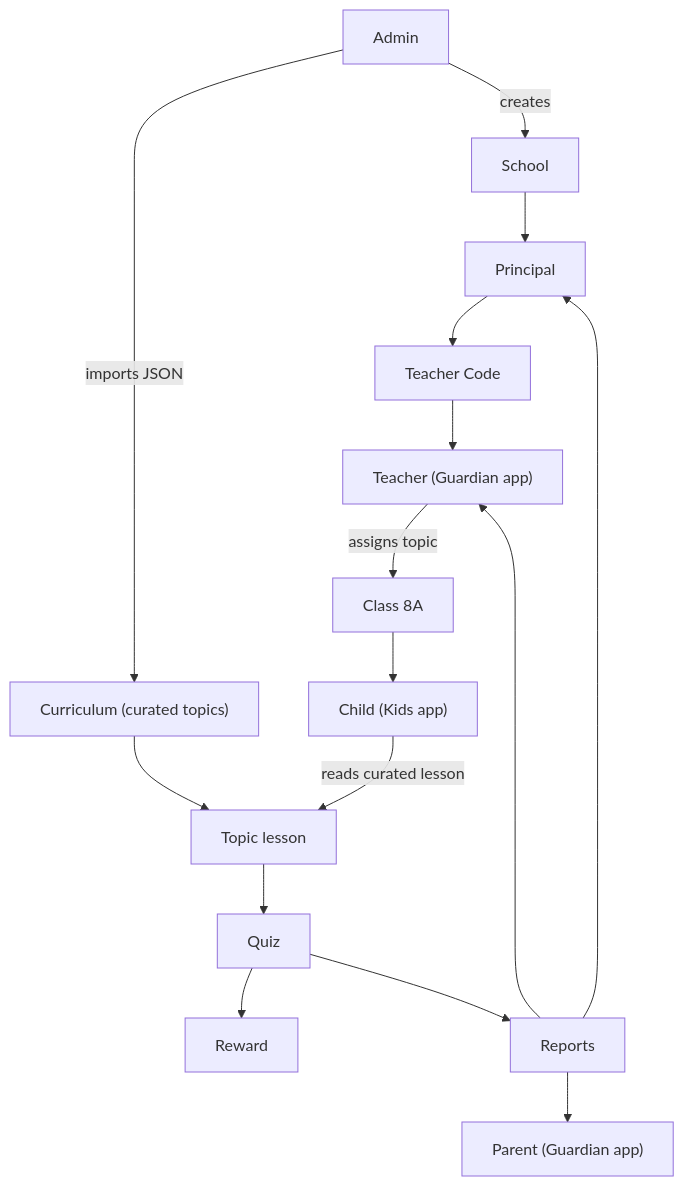
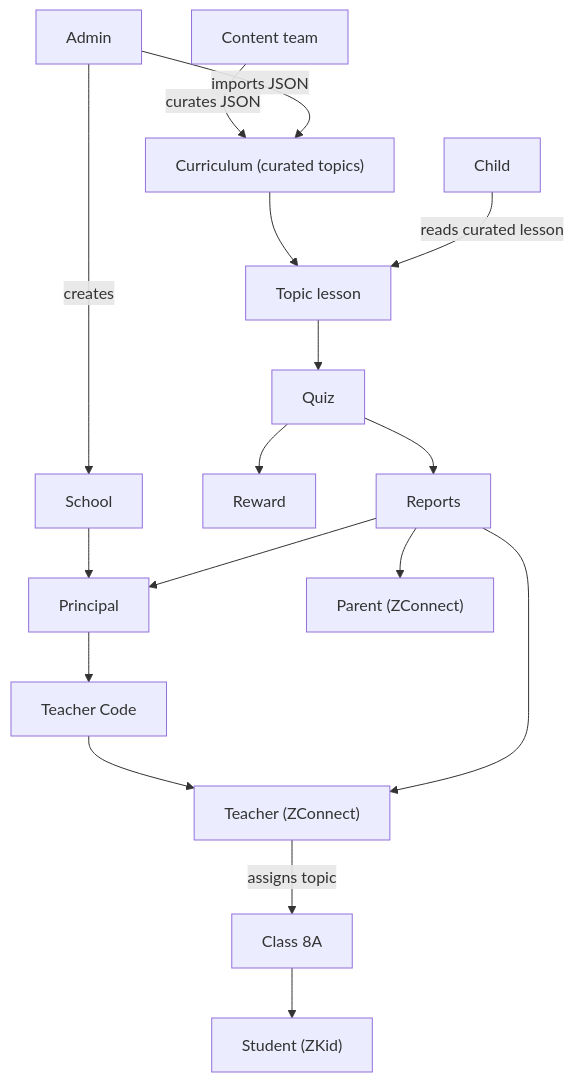
One commit to ZerebroKid/kidsafe-school changed the seventh of 7 diagrams in docs/EDUCATION_AI_TECH_SPEC.md. Above: the diagram before and after it, drawn with Mermaid. The commit also changed other lines of this file and 2 other files, not shown here.

Commit message:
update: App name list

````diff
--- a/docs/EDUCATION_AI_TECH_SPEC.md
+++ b/docs/EDUCATION_AI_TECH_SPEC.md
@@ -744,18 +758,19 @@
 ```mermaid
 flowchart TD
   Admin["Admin"] -->|creates| School["School"]
   School --> Principal["Principal"]
   Principal --> TeacherCode["Teacher Code"]
-  TeacherCode --> Teacher["Teacher (Guardian app)"]
+  TeacherCode --> Teacher["Teacher (ZConnect)"]
   Teacher -->|assigns topic| Class["Class 8A"]
-  Class --> Child["Child (Kids app)"]
+  Class --> Student["Student (ZKid)"]
+  ContentTeam["Content team"] -->|curates JSON| Curriculum
   Admin -->|imports JSON| Curriculum["Curriculum (curated topics)"]
   Curriculum --> Lesson["Topic lesson"]
   Child -->|reads curated lesson| Lesson
   Lesson --> Quiz["Quiz"]
   Quiz --> Reward["Reward"]
   Quiz --> Reports["Reports"]
-  Reports --> Parent["Parent (Guardian app)"]
+  Reports --> Parent["Parent (ZConnect)"]
   Reports --> Teacher
   Reports --> Principal
 ```
````
